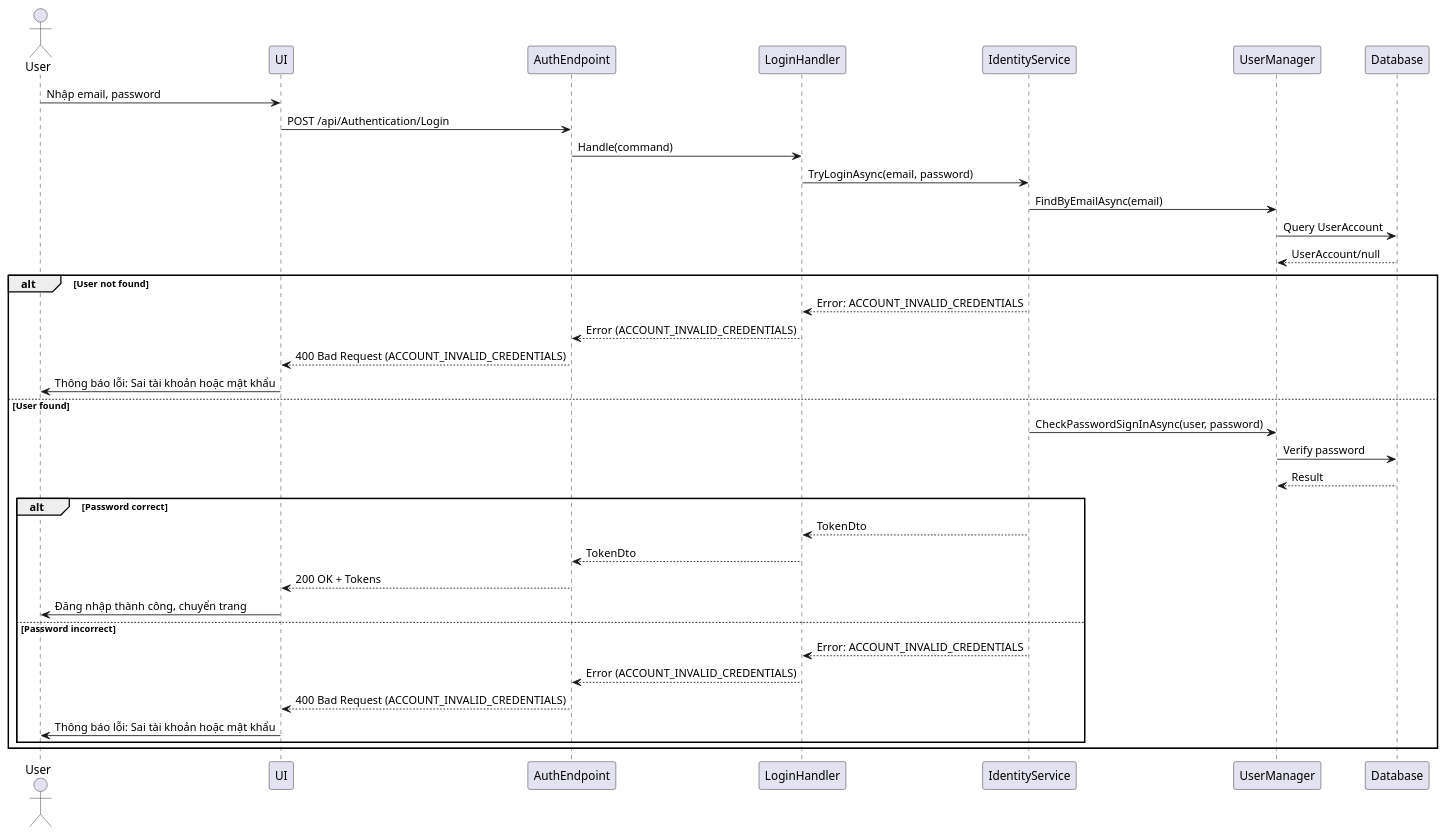
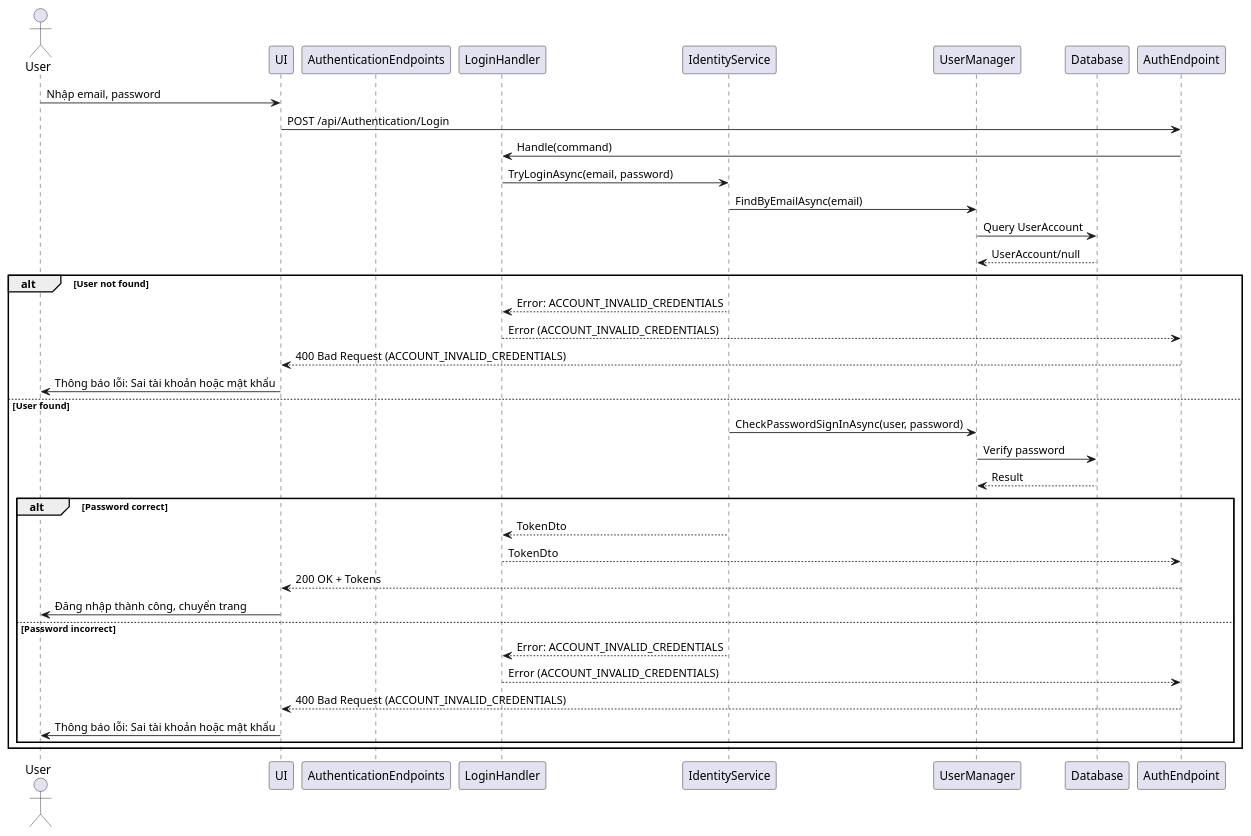
The diagram in authentication/Sequence/02_Login.puml (thanhkhac/SEP_Diagram), drawn with PlantUML before and after one commit. The commit also changed 2 other files, not shown here.

```diff
--- a/authentication/Sequence/02_Login.puml
+++ b/authentication/Sequence/02_Login.puml
@@ -1,38 +1,38 @@
 @startuml
 actor User
 participant UI
-participant AuthEndpoint
+participant AuthenticationEndpoints
 participant LoginHandler
 participant IdentityService
 participant UserManager
 participant Database
 
 User -> UI : Nhập email, password
 UI -> AuthEndpoint : POST /api/Authentication/Login
 AuthEndpoint -> LoginHandler : Handle(command)
 LoginHandler -> IdentityService : TryLoginAsync(email, password)
 IdentityService -> UserManager : FindByEmailAsync(email)
 UserManager -> Database : Query UserAccount
 Database --> UserManager : UserAccount/null
 alt User not found
     IdentityService --> LoginHandler : Error: ACCOUNT_INVALID_CREDENTIALS
     LoginHandler --> AuthEndpoint : Error (ACCOUNT_INVALID_CREDENTIALS)
     AuthEndpoint --> UI : 400 Bad Request (ACCOUNT_INVALID_CREDENTIALS)
     UI -> User : Thông báo lỗi: Sai tài khoản hoặc mật khẩu
 else User found
     IdentityService -> UserManager : CheckPasswordSignInAsync(user, password)
     UserManager -> Database : Verify password
     Database --> UserManager : Result
     alt Password correct
         IdentityService --> LoginHandler : TokenDto
         LoginHandler --> AuthEndpoint : TokenDto
         AuthEndpoint --> UI : 200 OK + Tokens
         UI -> User : Đăng nhập thành công, chuyển trang
     else Password incorrect
         IdentityService --> LoginHandler : Error: ACCOUNT_INVALID_CREDENTIALS
         LoginHandler --> AuthEndpoint : Error (ACCOUNT_INVALID_CREDENTIALS)
         AuthEndpoint --> UI : 400 Bad Request (ACCOUNT_INVALID_CREDENTIALS)
         UI -> User : Thông báo lỗi: Sai tài khoản hoặc mật khẩu
     end
 end
 @enduml
```
